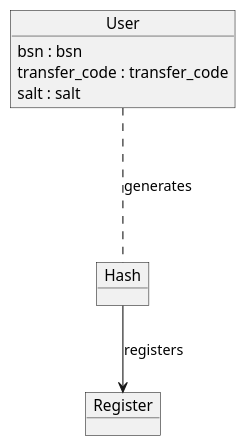
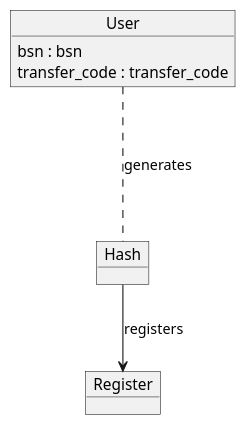
Before and after one commit to joostholslag/openEHRxNuts: the diagram in Localization/transfer_code.puml, drawn with PlantUML. The commit also changed 2 other files, not shown here.

Commit message:
Remove salt from hash calculation and documentation
The salt used in calculating 'published_hash' has been removed from the transfer_code.puml and Localization.md files.

```diff
--- a/Localization/transfer_code.puml
+++ b/Localization/transfer_code.puml
@@ -1,13 +1,12 @@
 @startuml
 object "User" as usr
 object "Hash" as hash
 object "Register" as reg
 
 usr : bsn : bsn
 usr : transfer_code : transfer_code
-usr : salt : salt
 
 usr ... hash: generates
 hash --> reg: registers
 
 @enduml
```
